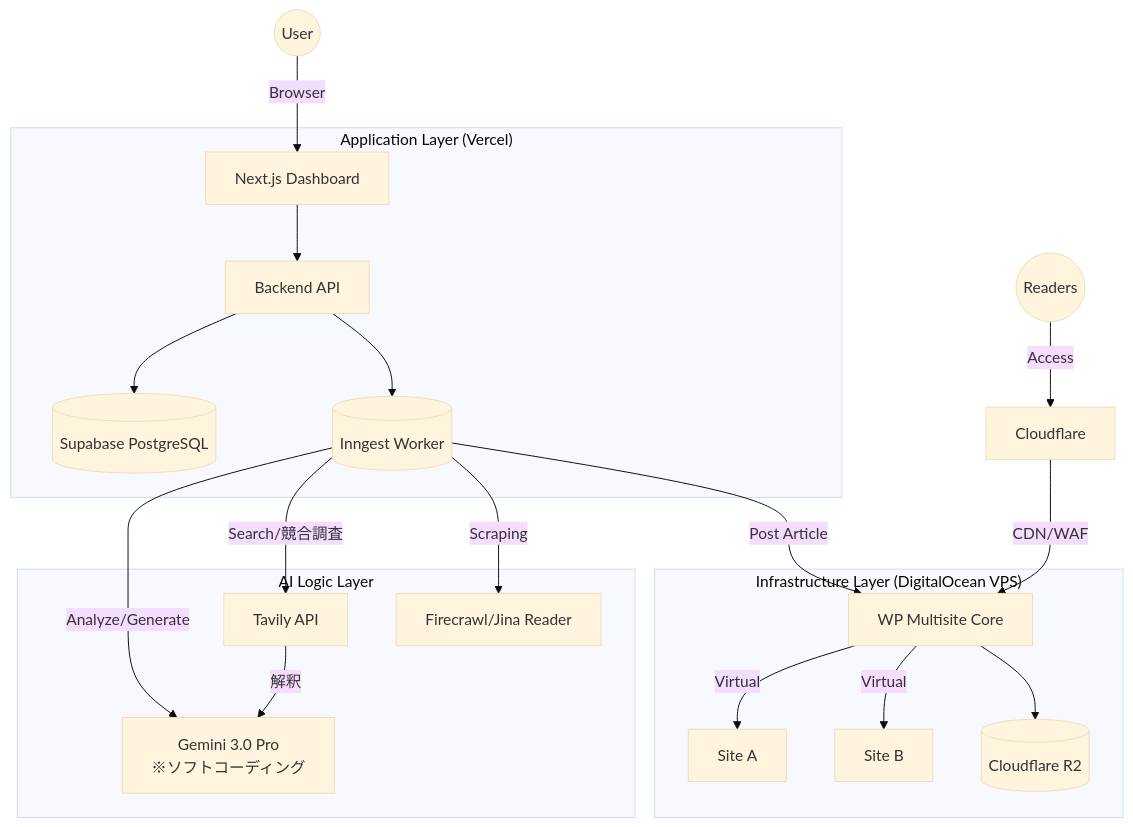
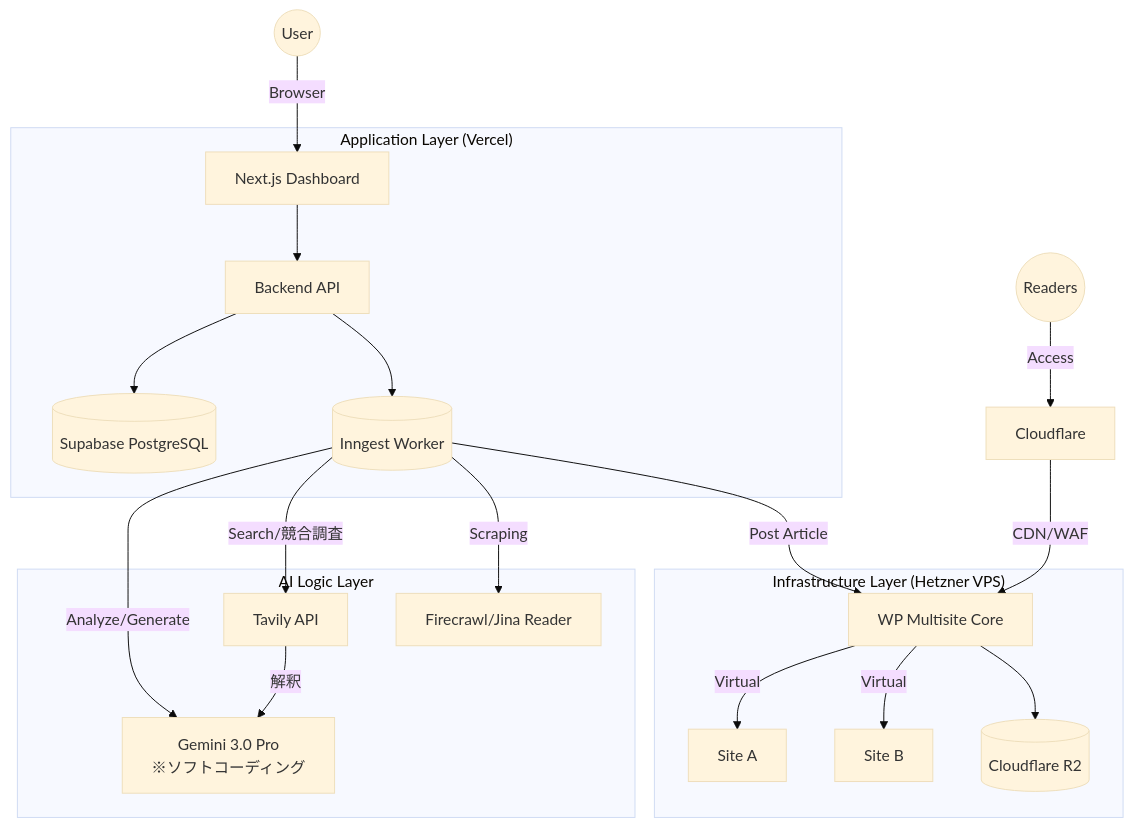
Before and after one commit to nakia73/AutoWordPress: the diagram in docs/architecture/00_Master_Architecture.md, drawn with Mermaid (base theme). The commit also changed other lines of this file and 38 other files, not shown here.

````diff
--- a/docs/architecture/00_Master_Architecture.md
+++ b/docs/architecture/00_Master_Architecture.md
@@ -104,27 +104,27 @@
 ```mermaid
 graph TD
     User((User)) -->|Browser| Dashboard[Next.js Dashboard]
 
     subgraph "Application Layer (Vercel)"
         Dashboard --> API[Backend API]
         API --> DB[(Supabase PostgreSQL)]
         API --> Inngest[(Inngest Worker)]
     end
 
     subgraph "AI Logic Layer"
         Inngest -->|Analyze/Generate| LLM[Gemini 3.0 Pro<br/>※ソフトコーディング]
         Inngest -->|Search/競合調査| Search[Tavily API]
         Search -->|解釈| LLM
         Inngest -->|Scraping| Scraper[Firecrawl/Jina Reader]
     end
 
-    subgraph "Infrastructure Layer (DigitalOcean VPS)"
+    subgraph "Infrastructure Layer (Hetzner VPS)"
         Inngest -->|Post Article| WP_Multi[WP Multisite Core]
         WP_Multi -->|Virtual| SiteA[Site A]
         WP_Multi -->|Virtual| SiteB[Site B]
         WP_Multi --> R2[(Cloudflare R2)]
     end
 
     Public((Readers)) -->|Access| Cloudflare
     Cloudflare -->|CDN/WAF| WP_Multi
 ```
````
